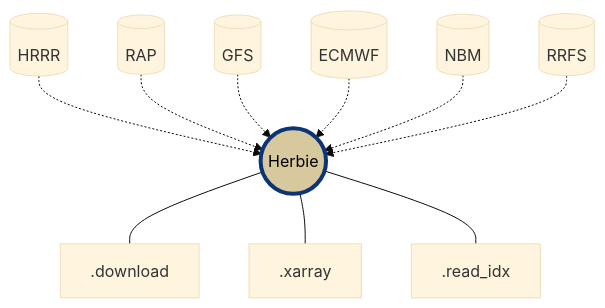
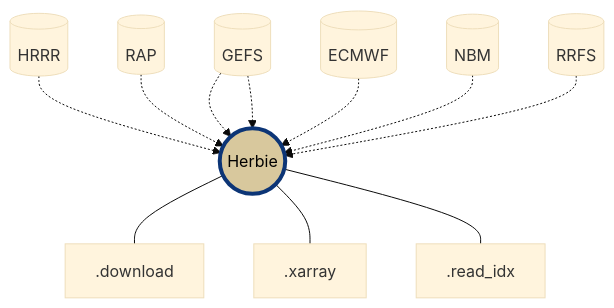
The diagram in README.md (blaylockbk/Herbie), drawn with Mermaid (base theme) before and after one commit. The commit also changed other lines of this file and 56 other files, not shown here.

````diff
--- a/README.md
+++ b/README.md
@@ -57,15 +57,16 @@
 ```mermaid
   graph TD;
       d1[(HRRR)] -.-> H
       d2[(RAP)] -.-> H
       d3[(GFS)] -.-> H
+      d3[(GEFS)] -.-> H
       d4[(ECMWF)] -.-> H
       d5[(NBM)] -.-> H
       d6[(RRFS)] -.-> H
       H((Herbie))
       H --- .download
       H --- .xarray
       H --- .read_idx
 
       style H fill:#d8c89d,stroke:#0c3576,stroke-width:4px,color:#000000
 ```
````
